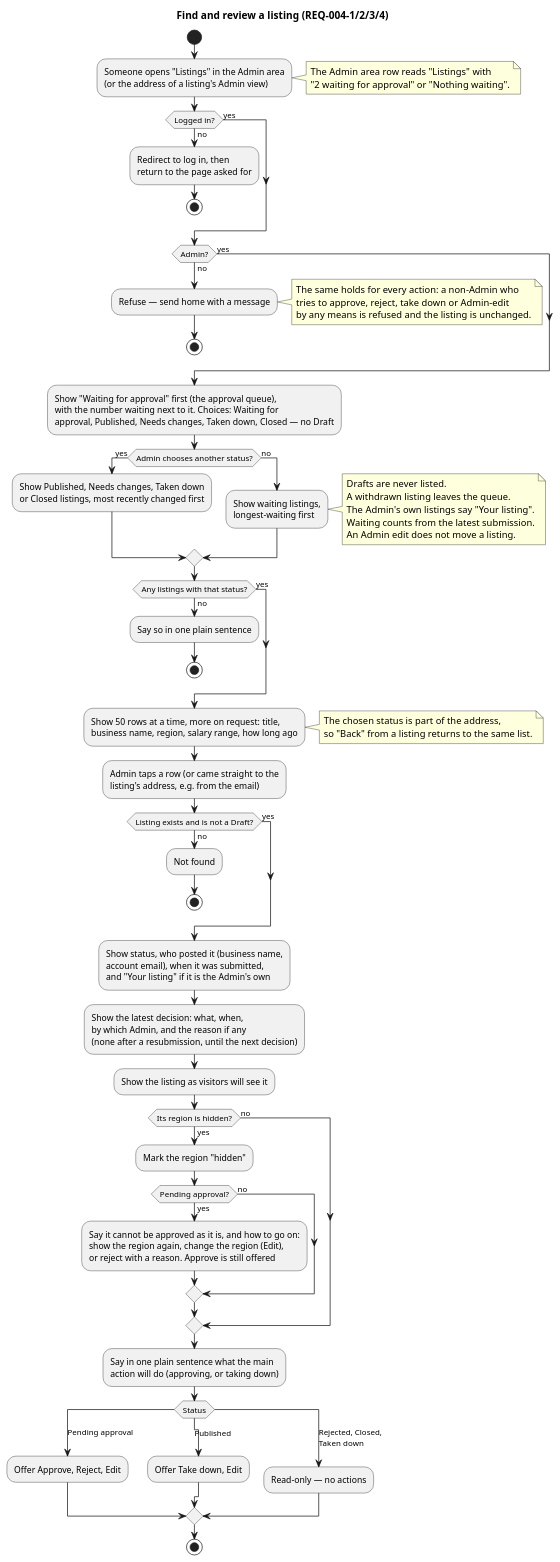
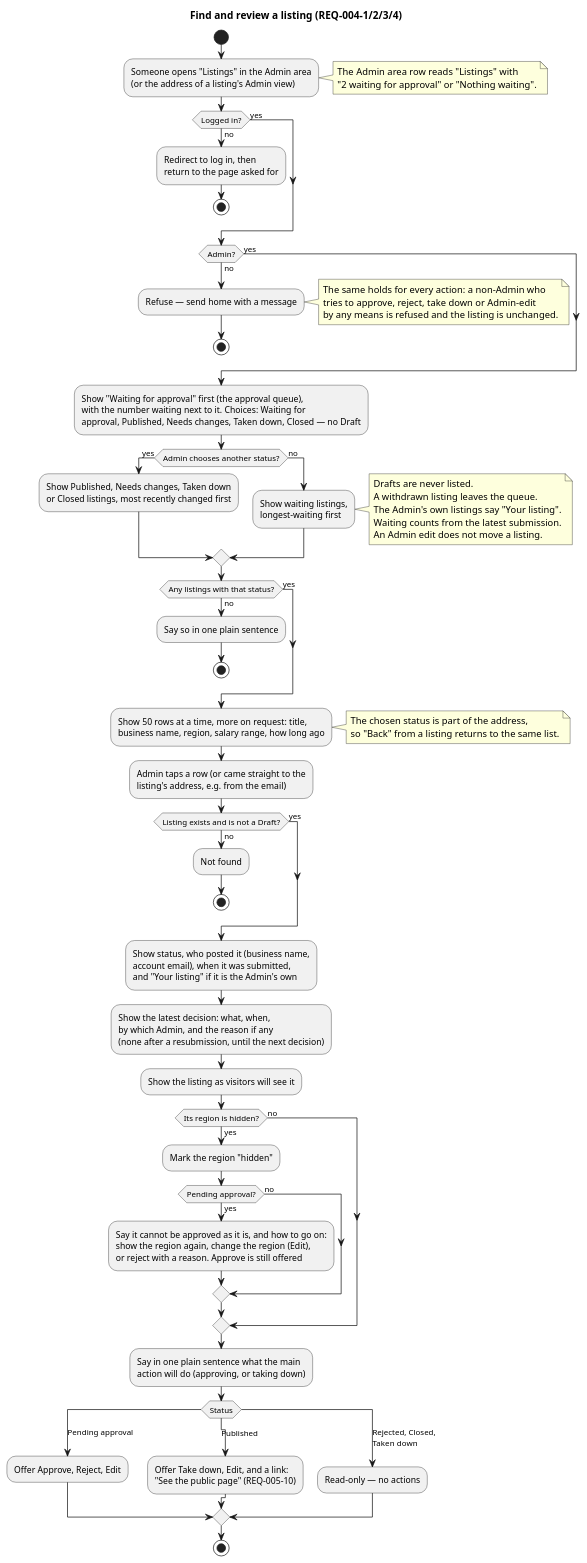
One commit to raseniero/jairojobs-elixir changed the diagram in docs/specs/004-listings-admin-moderation/diagrams/activity-find-and-review.puml. Above: the diagram before and after it, drawn with PlantUML. The commit also changed 21 other files, not shown here.

Commit message:
feat(browse): links between a listing's public page and its owner and Admin views (REQ-005-10)

```diff
--- a/docs/specs/004-listings-admin-moderation/diagrams/activity-find-and-review.puml
+++ b/docs/specs/004-listings-admin-moderation/diagrams/activity-find-and-review.puml
@@ -1,91 +1,92 @@
 @startuml activity-find-and-review
 ' Spec 004 — who may moderate, the queue, listings by status, the Admin view (REQ-004-1, -2, -3, -4)
 title Find and review a listing (REQ-004-1/2/3/4)
 
 start
 :Someone opens "Listings" in the Admin area
 (or the address of a listing's Admin view);
 note right
   The Admin area row reads "Listings" with
   "2 waiting for approval" or "Nothing waiting".
 end note
 if (Logged in?) then (no)
   :Redirect to log in, then
   return to the page asked for;
   stop
 else (yes)
 endif
 if (Admin?) then (no)
   :Refuse — send home with a message;
   note right
     The same holds for every action: a non-Admin who
     tries to approve, reject, take down or Admin-edit
     by any means is refused and the listing is unchanged.
   end note
   stop
 else (yes)
 endif
 :Show "Waiting for approval" first (the approval queue),
 with the number waiting next to it. Choices: Waiting for
 approval, Published, Needs changes, Taken down, Closed — no Draft;
 if (Admin chooses another status?) then (yes)
   :Show Published, Needs changes, Taken down
   or Closed listings, most recently changed first;
 else (no)
   :Show waiting listings,
   longest-waiting first;
   note right
     Drafts are never listed.
     A withdrawn listing leaves the queue.
     The Admin's own listings say "Your listing".
     Waiting counts from the latest submission.
     An Admin edit does not move a listing.
   end note
 endif
 if (Any listings with that status?) then (no)
   :Say so in one plain sentence;
   stop
 else (yes)
 endif
 :Show 50 rows at a time, more on request: title,
 business name, region, salary range, how long ago;
 note right
   The chosen status is part of the address,
   so "Back" from a listing returns to the same list.
 end note
 :Admin taps a row (or came straight to the
 listing's address, e.g. from the email);
 if (Listing exists and is not a Draft?) then (no)
   :Not found;
   stop
 else (yes)
 endif
 :Show status, who posted it (business name,
 account email), when it was submitted,
 and "Your listing" if it is the Admin's own;
 :Show the latest decision: what, when,
 by which Admin, and the reason if any
 (none after a resubmission, until the next decision);
 :Show the listing as visitors will see it;
 if (Its region is hidden?) then (yes)
   :Mark the region "hidden";
   if (Pending approval?) then (yes)
     :Say it cannot be approved as it is, and how to go on:
     show the region again, change the region (Edit),
     or reject with a reason. Approve is still offered;
   else (no)
   endif
 else (no)
 endif
 :Say in one plain sentence what the main
 action will do (approving, or taking down);
 switch (Status)
 case (Pending approval)
   :Offer Approve, Reject, Edit;
 case (Published)
-  :Offer Take down, Edit;
+  :Offer Take down, Edit, and a link:
+  "See the public page" (REQ-005-10);
 case (Rejected, Closed,\nTaken down)
   :Read-only — no actions;
 endswitch
 stop
 @enduml
```
